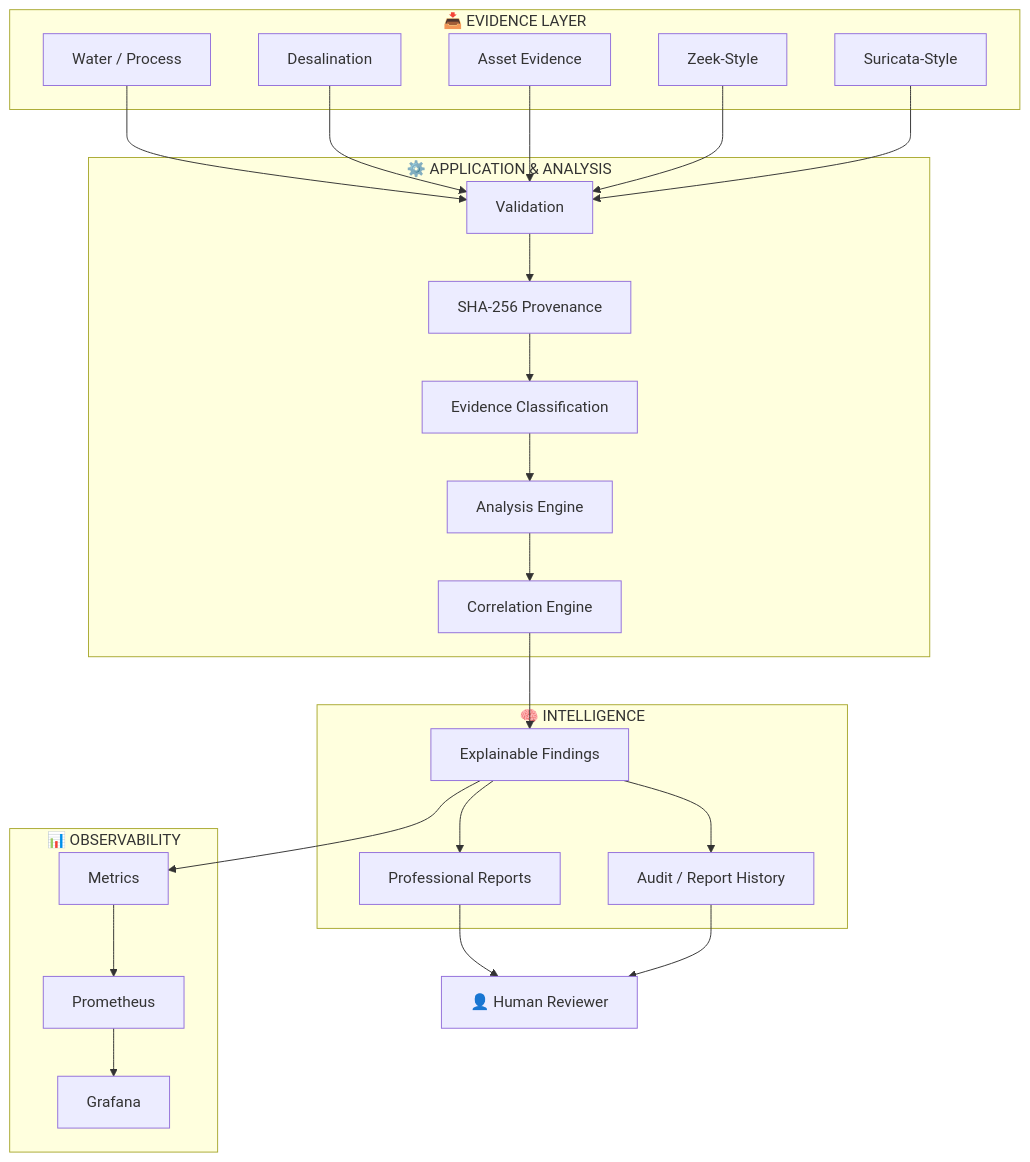
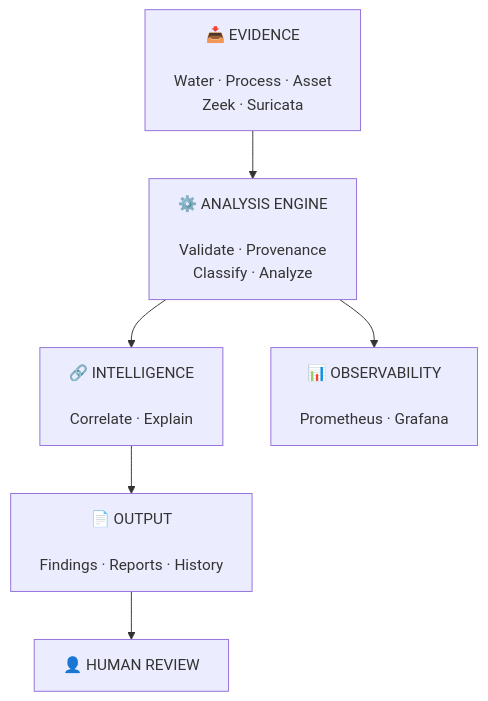
One commit to HaziqBinAfzal/AquaVigil changed the third of 8 diagrams in README.md. Above: the diagram before and after it, drawn with Mermaid. The commit also changed other lines of this file, not shown here.

````diff
--- a/README.md
+++ b/README.md
@@ -193,55 +214,22 @@
 ```mermaid
 flowchart TB
 
-    subgraph EVIDENCE["📥 EVIDENCE LAYER"]
-        W["Water / Process"]
-        D["Desalination"]
-        A["Asset Evidence"]
-        Z["Zeek-Style"]
-        S["Suricata-Style"]
-    end
+    A["📥 EVIDENCE<br/><br/>Water · Process · Asset<br/>Zeek · Suricata"]
 
-    subgraph APPLICATION["⚙️ APPLICATION & ANALYSIS"]
-        V["Validation"]
-        P["SHA-256 Provenance"]
-        T["Evidence Classification"]
-        AN["Analysis Engine"]
-        C["Correlation Engine"]
-    end
+    B["⚙️ ANALYSIS ENGINE<br/><br/>Validate · Provenance<br/>Classify · Analyze"]
 
-    subgraph INTELLIGENCE["🧠 INTELLIGENCE"]
-        F["Explainable Findings"]
-        R["Professional Reports"]
-        H["Audit / Report History"]
-    end
+    C["🔗 INTELLIGENCE<br/><br/>Correlate · Explain"]
 
-    subgraph OBS["📊 OBSERVABILITY"]
-        M["Metrics"]
-        PR["Prometheus"]
-        G["Grafana"]
-    end
+    D["📄 OUTPUT<br/><br/>Findings · Reports · History"]
 
-    HUMAN["👤 Human Reviewer"]
+    E["👤 HUMAN REVIEW"]
 
-    W --> V
-    D --> V
-    A --> V
-    Z --> V
-    S --> V
+    F["📊 OBSERVABILITY<br/><br/>Prometheus · Grafana"]
 
-    V --> P
-    P --> T
-    T --> AN
-    AN --> C
+    A --> B
+    B --> C
+    C --> D
+    D --> E
 
-    C --> F
-    F --> R
-    F --> H
-
-    F --> M
-    M --> PR
-    PR --> G
-
-    R --> HUMAN
-    H --> HUMAN
+    B --> F
 ```
````
